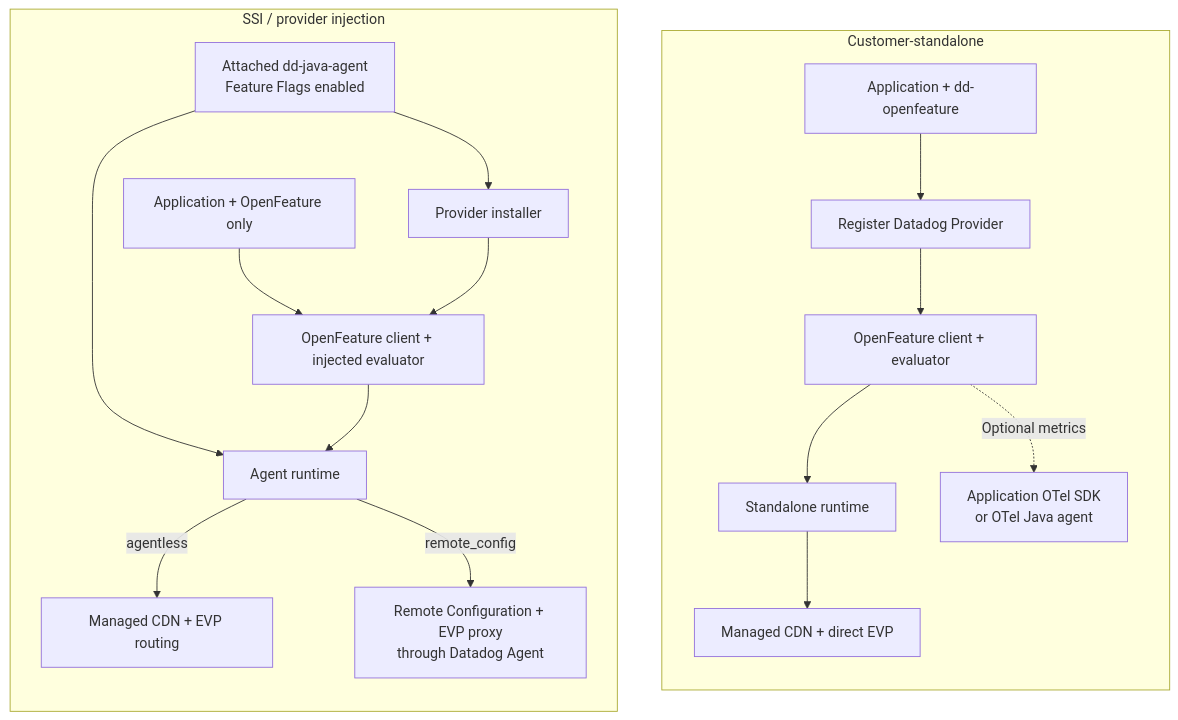
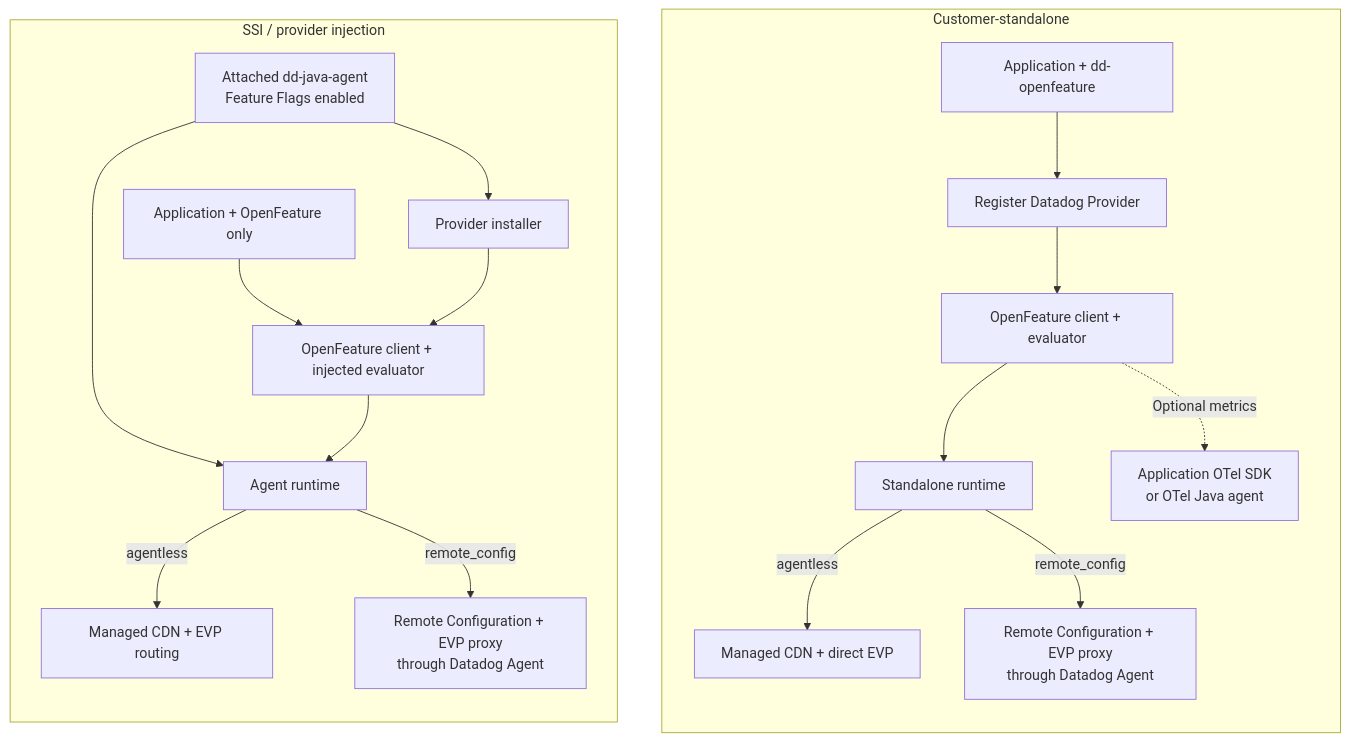
Before and after one commit to DataDog/dd-trace-java: the first of 2 diagrams in docs/feature-flags-migration-rfc.md, drawn with Mermaid. The commit also changed other lines of this file and 14 other files, not shown here.

Commit message:
feat: support standalone Feature Flags through Remote Configuration

````diff
--- a/docs/feature-flags-migration-rfc.md
+++ b/docs/feature-flags-migration-rfc.md
@@ -22,22 +23,23 @@
 ```mermaid
 flowchart TB
   subgraph Standalone["Customer-standalone"]
     direction TB
     APP1["Application + dd-openfeature"] --> REG["Register Datadog Provider"]
     REG --> OF1["OpenFeature client + evaluator"]
     OF1 --> SR["Standalone runtime"]
-    SR --> DIRECT1["Managed CDN + direct EVP"]
+    SR -->|agentless| DIRECT1["Managed CDN + direct EVP"]
+    SR -->|remote_config| RC1["Remote Configuration + EVP proxy<br/>through Datadog Agent"]
     OF1 -. "Optional metrics" .-> OTEL["Application OTel SDK<br/>or OTel Java agent"]
   end
 
   subgraph SSI["SSI / provider injection"]
     direction TB
     APP2["Application + OpenFeature only"] --> OF2["OpenFeature client + injected evaluator"]
     JAGENT["Attached dd-java-agent<br/>Feature Flags enabled"] --> INSTALL["Provider installer"]
     INSTALL --> OF2
     JAGENT --> AR["Agent runtime"]
     OF2 --> AR
     AR -->|agentless| DIRECT2["Managed CDN + EVP routing"]
     AR -->|remote_config| RC["Remote Configuration + EVP proxy<br/>through Datadog Agent"]
   end
 ```
````
